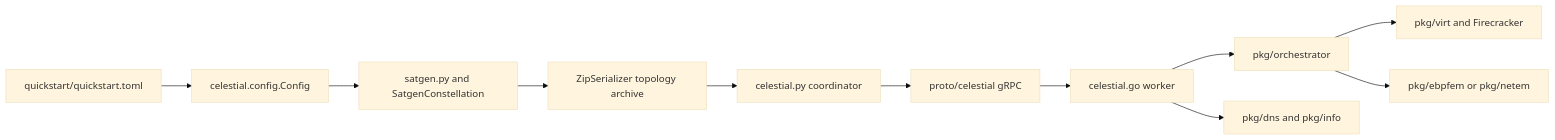
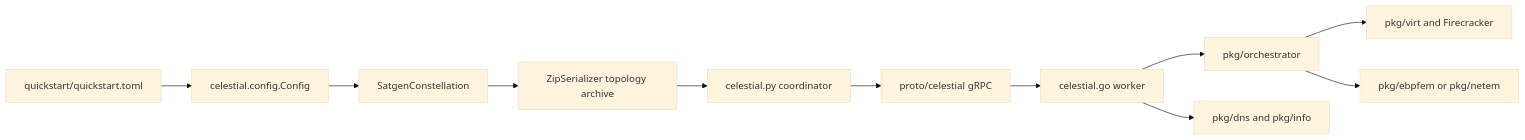
Before and after one commit to SPALDA-HPI/QUEST: the diagram in docs/handbook/05-system-architecture.md, drawn with Mermaid (base theme). The commit also changed other lines of this file and 6 other files, not shown here.

````diff
--- a/docs/handbook/05-system-architecture.md
+++ b/docs/handbook/05-system-architecture.md
@@ -10,13 +10,13 @@
 ```mermaid
 flowchart LR
     TOML[quickstart/quickstart.toml] --> Config[celestial.config.Config]
-    Config --> Satgen[satgen.py and SatgenConstellation]
+    Config --> Satgen[SatgenConstellation]
     Satgen --> Archive[ZipSerializer topology archive]
     Archive --> Coordinator[celestial.py coordinator]
     Coordinator --> GRPC[proto/celestial gRPC]
     GRPC --> Worker[celestial.go worker]
     Worker --> Orchestrator[pkg/orchestrator]
     Orchestrator --> Virt[pkg/virt and Firecracker]
     Orchestrator --> Network[pkg/ebpfem or pkg/netem]
     Worker --> Services[pkg/dns and pkg/info]
 ```
````
